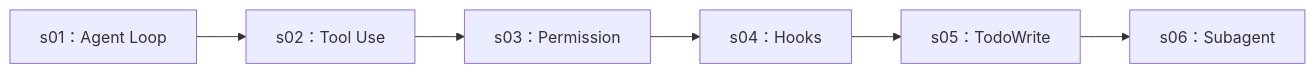
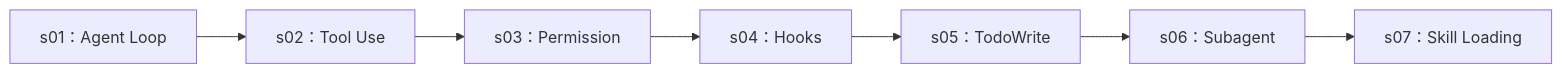
One commit to lyq1119/deepseek-agent-tutorial changed the diagram in README.zh.md. Above: the diagram before and after it, drawn with Mermaid. The commit also changed other lines of this file and 7 other files, not shown here.

Commit message:
Add DeepSeek s07 skill loading tutorial and practice output

````diff
--- a/README.zh.md
+++ b/README.zh.md
@@ -85,8 +86,9 @@
 ```mermaid
 flowchart LR
     S01["s01：Agent Loop"] --> S02["s02：Tool Use"]
     S02 --> S03["s03：Permission"]
     S03 --> S04["s04：Hooks"]
     S04 --> S05["s05：TodoWrite"]
     S05 --> S06["s06：Subagent"]
+    S06 --> S07["s07：Skill Loading"]
 ```
````
